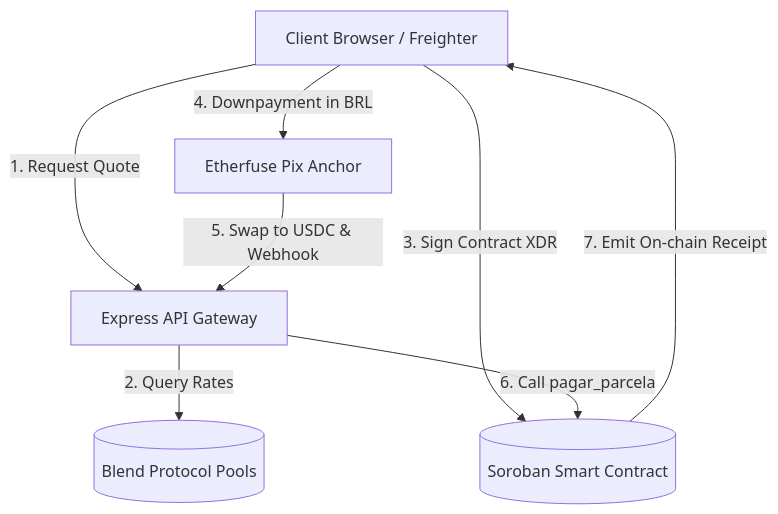
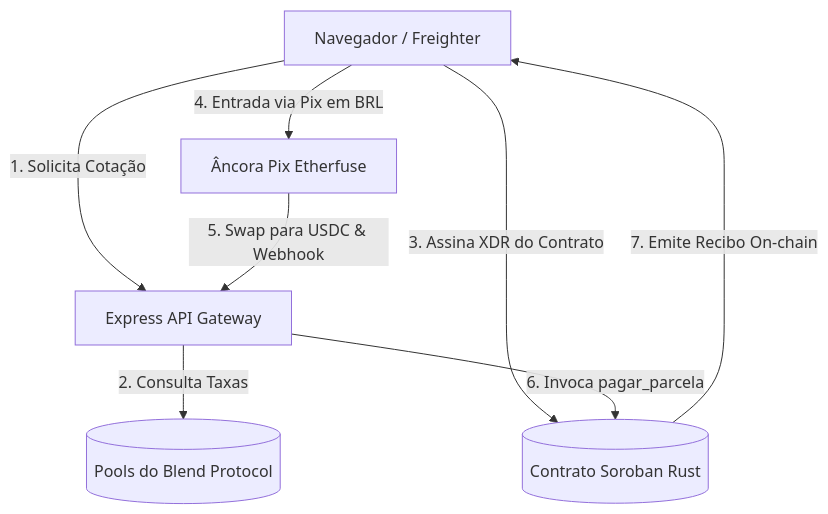
One commit to Sylopay/sylopay changed the diagram in CONTEXT.md. Above: the diagram before and after it, drawn with Mermaid. The commit also changed other lines of this file and 1 other file, not shown here.

````diff
--- a/CONTEXT.md
+++ b/CONTEXT.md
@@ -11,10 +11,10 @@
 ```mermaid
 graph TD
-    Client[Client Browser / Freighter] -->|1. Request Quote| API[Express API Gateway]
-    API -->|2. Query Rates| Blend[(Blend Protocol Pools)]
-    Client -->|3. Sign Contract XDR| Soroban[(Soroban Smart Contract)]
-    Client -->|4. Downpayment in BRL| Etherfuse[Etherfuse Pix Anchor]
-    Etherfuse -->|5. Swap to USDC & Webhook| API
-    API -->|6. Call pagar_parcela| Soroban
-    Soroban -->|7. Emit On-chain Receipt| Client
+    Cliente[Navegador / Freighter] -->|1. Solicita Cotação| API[Express API Gateway]
+    API -->|2. Consulta Taxas| Blend[(Pools do Blend Protocol)]
+    Cliente -->|3. Assina XDR do Contrato| Soroban[(Contrato Soroban Rust)]
+    Cliente -->|4. Entrada via Pix em BRL| Etherfuse[Âncora Pix Etherfuse]
+    Etherfuse -->|5. Swap para USDC & Webhook| API
+    API -->|6. Invoca pagar_parcela| Soroban
+    Soroban -->|7. Emite Recibo On-chain| Cliente
 ```
````
